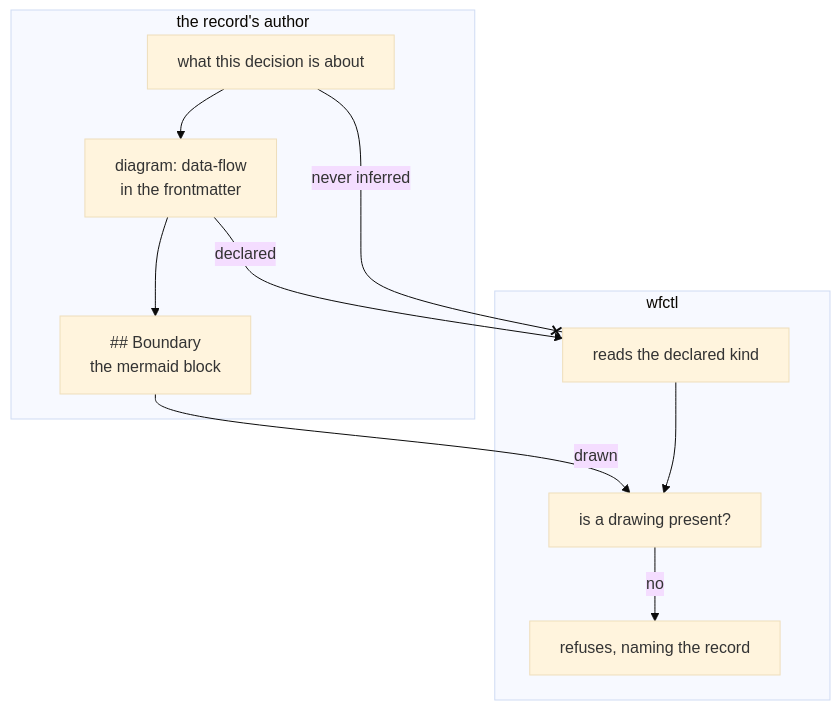
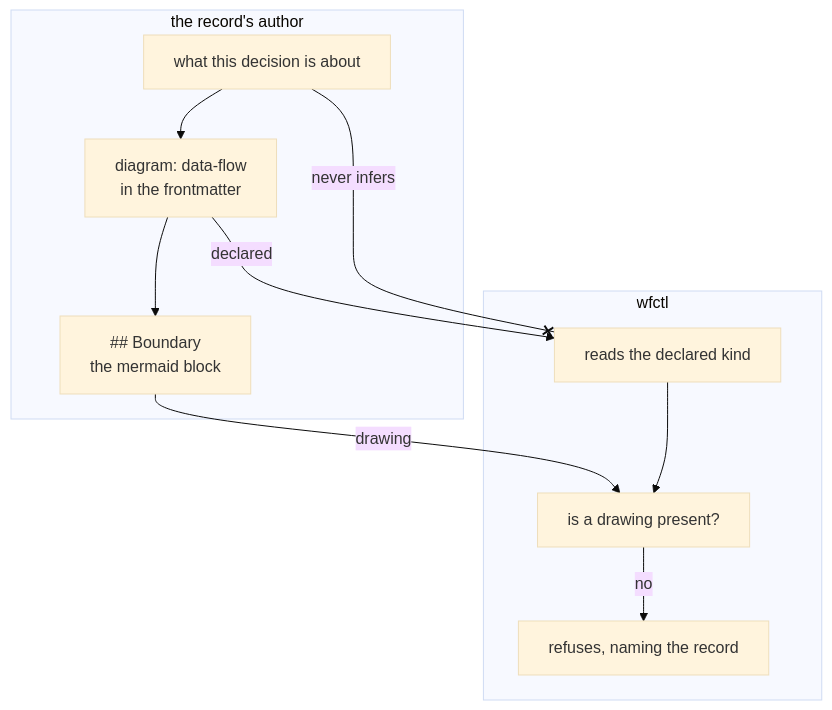
One commit to aamarin/wfctl changed the diagram in docs/architecture/the-author-declares-the-diagram-kind.md. Above: the diagram before and after it, drawn with Mermaid (base theme). The commit also changed 2 other files, not shown here.

````diff
--- a/docs/architecture/the-author-declares-the-diagram-kind.md
+++ b/docs/architecture/the-author-declares-the-diagram-kind.md
@@ -75,20 +75,20 @@
 ```mermaid
 flowchart TB
   subgraph author["the record's author"]
     A1["what this decision is about"]
     A2["diagram: data-flow<br/>in the frontmatter"]
     A3["## Boundary<br/>the mermaid block"]
   end
   subgraph w["wfctl"]
     W1["reads the declared kind"]
     W2["is a drawing present?"]
     W3["refuses, naming the record"]
   end
   A1 --> A2
   A2 --> A3
   A2 -->|declared| W1
-  A3 -->|drawn| W2
+  A3 -->|drawing| W2
   W1 --> W2
   W2 -->|no| W3
-  A1 --x|never inferred| W1
+  A1 --x|never infers| W1
 ```
````
